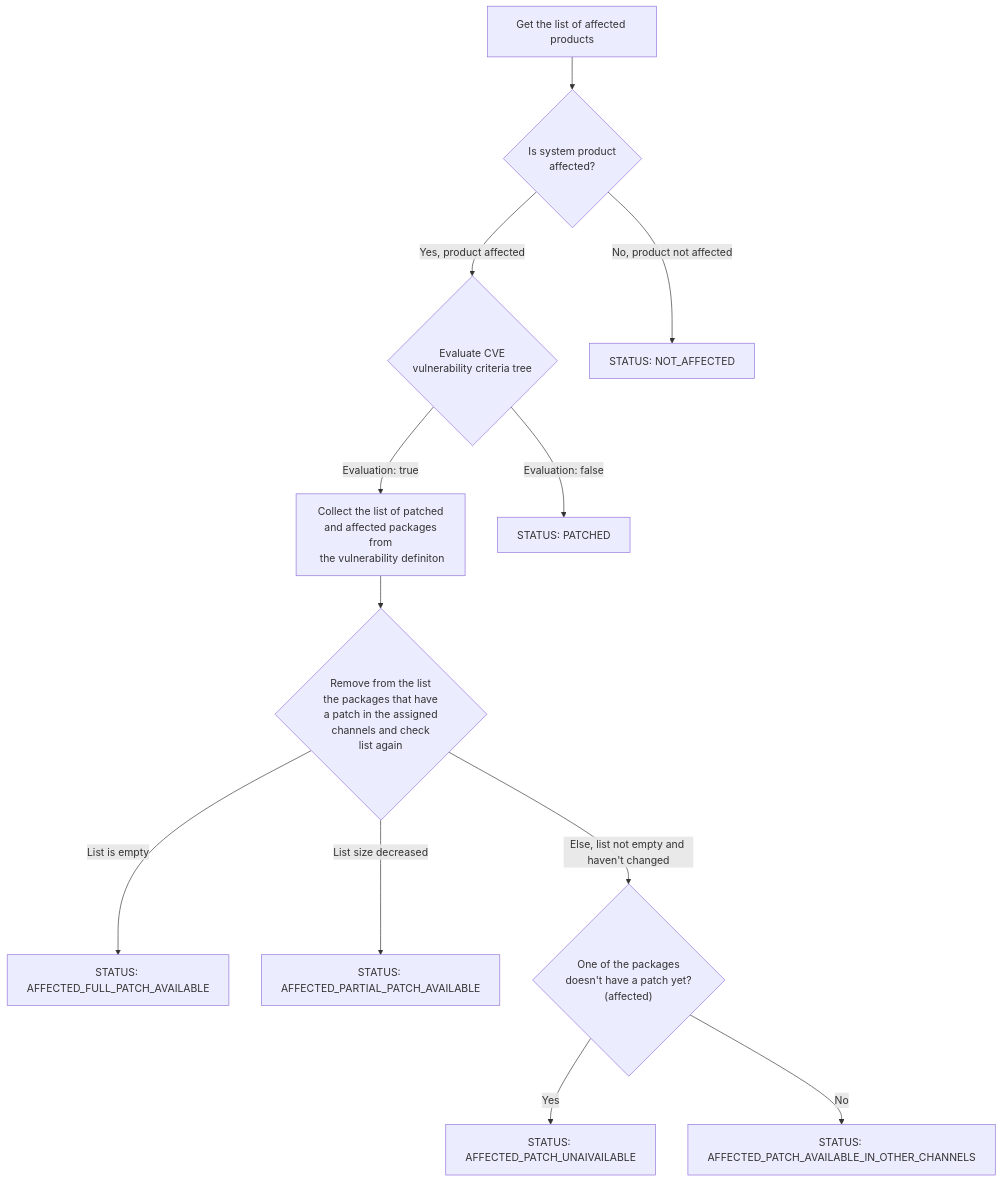
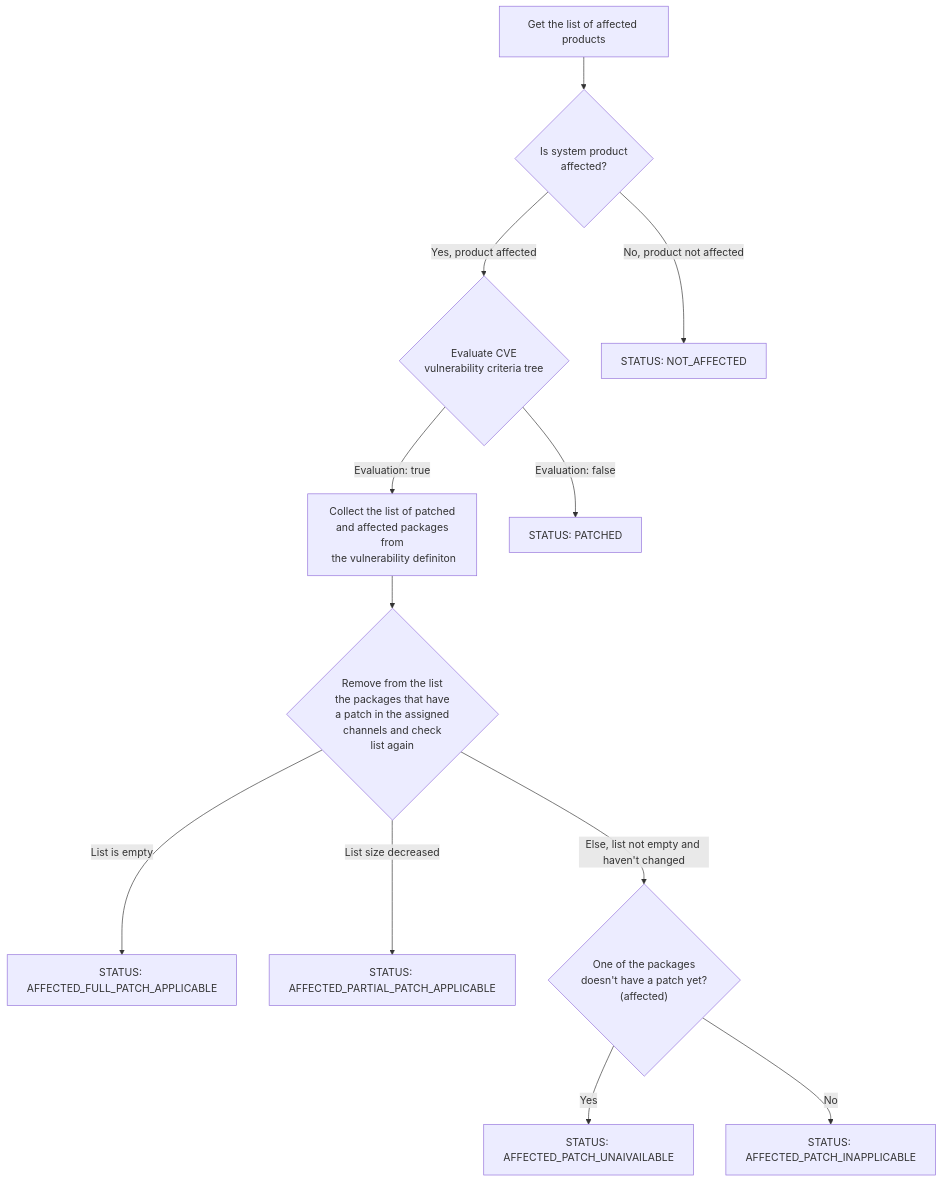
One commit to uyuni-project/uyuni-rfc changed the diagram in accepted/0000-cve-auditing-with-oval.md. Above: the diagram before and after it, drawn with Mermaid. The commit also changed other lines of this file, not shown here.

Commit message:
Use the conventional 'Applicable' keyword instead of 'Available' in patch status values

````diff
--- a/accepted/0000-cve-auditing-with-oval.md
+++ b/accepted/0000-cve-auditing-with-oval.md
@@ -131,14 +131,14 @@
 ```mermaid
 flowchart TD
     A[Get the list of affected products] --> B{Is system product\n affected?}
     B -->|Yes, product affected| G{Evaluate CVE\n vulnerability criteria tree}
     B -->|No, product not affected| F[STATUS: NOT_AFFECTED]
     G --> |Evaluation: true| H[Collect the list of patched\n and affected packages from\n the vulnerability definiton]
     H --> J{Remove from the list\n the packages that have \na patch in the assigned\n channels and check\n list again}
-    J --> | List is empty| K[STATUS: AFFECTED_FULL_PATCH_AVAILABLE]
-    J --> | List size decreased| M[STATUS: AFFECTED_PARTIAL_PATCH_AVAILABLE]
+    J --> | List is empty| K[STATUS: AFFECTED_FULL_PATCH_APPLICABLE]
+    J --> | List size decreased| M[STATUS: AFFECTED_PARTIAL_PATCH_APPLICABLE]
     J --> | Else, list not empty and haven't changed | L{"One of the packages\n doesn't have a patch yet?\n(affected)" }
     L --> | Yes | X[STATUS: AFFECTED_PATCH_UNAIVAILABLE]
-    L --> | No | W[STATUS: AFFECTED_PATCH_AVAILABLE_IN_OTHER_CHANNELS]
+    L --> | No | W[STATUS: AFFECTED_PATCH_INAPPLICABLE]
     G --> |Evaluation: false| I[STATUS: PATCHED]
 ```
````
